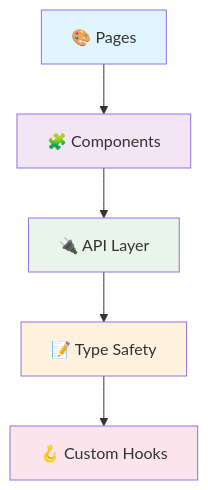
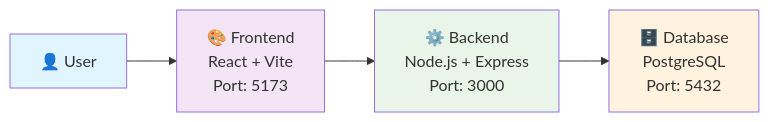
One commit to zakkutsu/uma-notes changed the first of 4 diagrams in README.md. Above: the diagram before and after it, drawn with Mermaid. The commit also changed other lines of this file and 52 other files, not shown here.

````diff
--- a/README.md
+++ b/README.md
@@ -460,13 +100,11 @@
 ```mermaid
-graph TD
-    A[🎨 Pages] --> B[🧩 Components]
-    B --> C[🔌 API Layer]
-    C --> D[📝 Type Safety]
-    D --> E[🪝 Custom Hooks]
+graph LR
+    A[👤 User] --> B[🎨 Frontend<br/>React + Vite<br/>Port: 5173]
+    B --> C[⚙️ Backend<br/>Node.js + Express<br/>Port: 3000]
+    C --> D[🗄️ Database<br/>PostgreSQL<br/>Port: 5432]
     
     style A fill:#e1f5fe
     style B fill:#f3e5f5
     style C fill:#e8f5e8
     style D fill:#fff3e0
-    style E fill:#fce4ec
 ```
````
